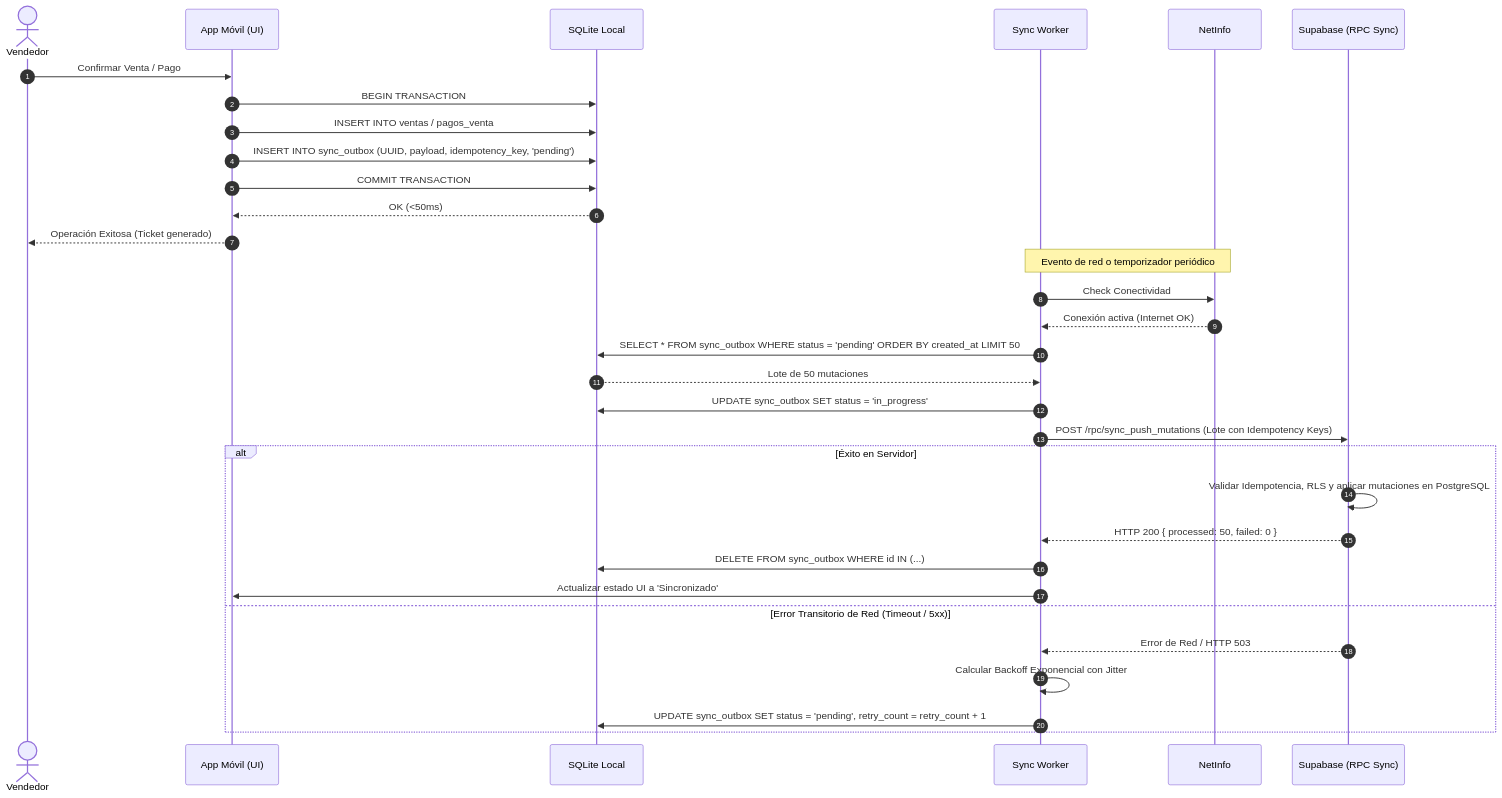
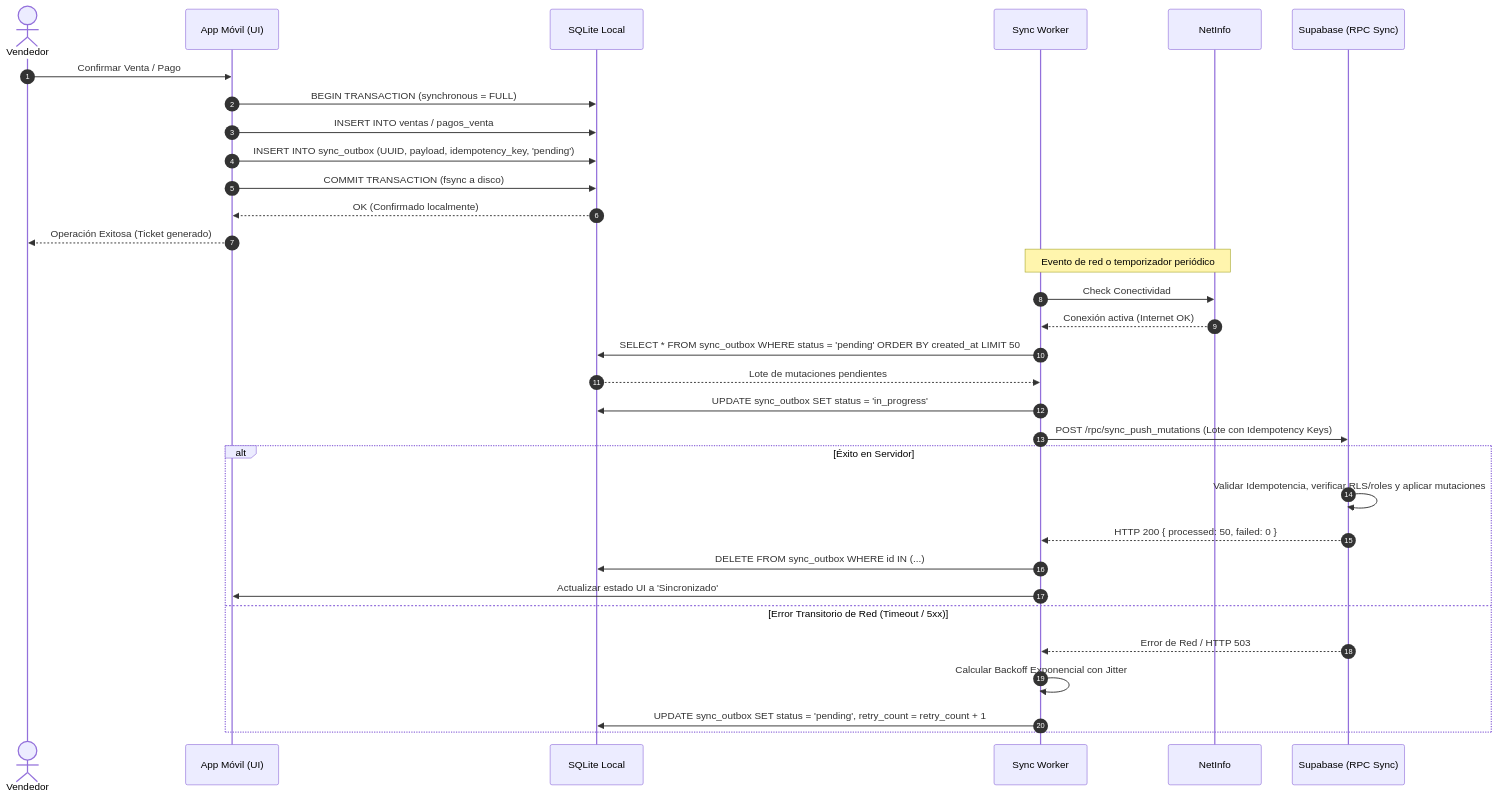
Before and after one commit to JMedina255/Proyecto_tienda: the third of 4 diagrams in docs/02-arquitectura/ARQUITECTURA.md, drawn with Mermaid. The commit also changed other lines of this file and 6 other files, not shown here.

````diff
--- a/docs/02-arquitectura/ARQUITECTURA.md
+++ b/docs/02-arquitectura/ARQUITECTURA.md
@@ -302,37 +317,37 @@
 ```mermaid
 sequenceDiagram
     autonumber
     actor Vendedor
     participant App as App Móvil (UI)
     participant SQLite as SQLite Local
     participant Worker as Sync Worker
     participant Net as NetInfo
     participant Svr as Supabase (RPC Sync)
 
     Vendedor->>App: Confirmar Venta / Pago
-    App->>SQLite: BEGIN TRANSACTION
+    App->>SQLite: BEGIN TRANSACTION (synchronous = FULL)
     App->>SQLite: INSERT INTO ventas / pagos_venta
     App->>SQLite: INSERT INTO sync_outbox (UUID, payload, idempotency_key, 'pending')
-    App->>SQLite: COMMIT TRANSACTION
-    SQLite-->>App: OK (<50ms)
+    App->>SQLite: COMMIT TRANSACTION (fsync a disco)
+    SQLite-->>App: OK (Confirmado localmente)
     App-->>Vendedor: Operación Exitosa (Ticket generado)
 
     Note over Worker,Net: Evento de red o temporizador periódico
     Worker->>Net: Check Conectividad
     Net-->>Worker: Conexión activa (Internet OK)
     Worker->>SQLite: SELECT * FROM sync_outbox WHERE status = 'pending' ORDER BY created_at LIMIT 50
-    SQLite-->>Worker: Lote de 50 mutaciones
+    SQLite-->>Worker: Lote de mutaciones pendientes
     Worker->>SQLite: UPDATE sync_outbox SET status = 'in_progress'
 
     Worker->>Svr: POST /rpc/sync_push_mutations (Lote con Idempotency Keys)
     alt Éxito en Servidor
-        Svr->>Svr: Validar Idempotencia, RLS y aplicar mutaciones en PostgreSQL
+        Svr->>Svr: Validar Idempotencia, verificar RLS/roles y aplicar mutaciones
         Svr-->>Worker: HTTP 200 { processed: 50, failed: 0 }
         Worker->>SQLite: DELETE FROM sync_outbox WHERE id IN (...)
         Worker->>App: Actualizar estado UI a 'Sincronizado'
     else Error Transitorio de Red (Timeout / 5xx)
         Svr-->>Worker: Error de Red / HTTP 503
         Worker->>Worker: Calcular Backoff Exponencial con Jitter
         Worker->>SQLite: UPDATE sync_outbox SET status = 'pending', retry_count = retry_count + 1
     end
 ```
````
